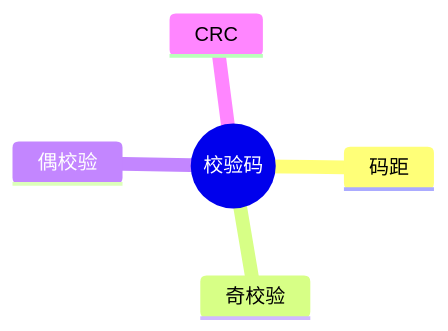
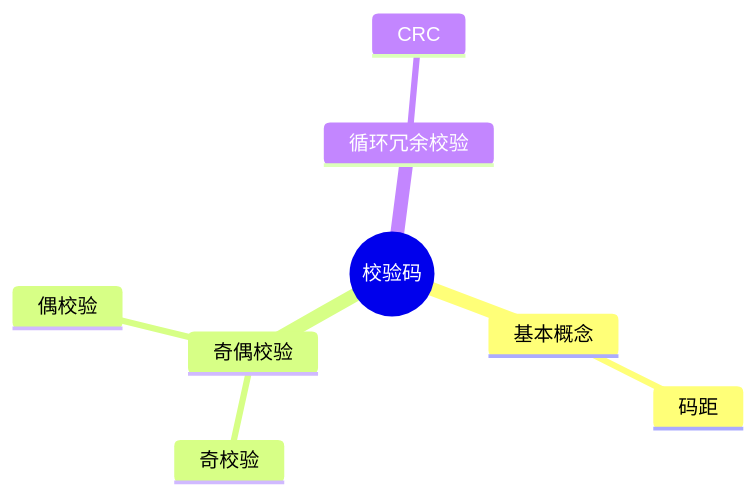
Before and after one commit to skylonely/sgao-website: the first of 2 diagrams in docs/ruankao/system-architect/chapters/04-checksum.md, drawn with Mermaid. The commit also changed 39 other files, not shown here.

Commit message:
fix: Mermaid 思维导图

````diff
--- a/docs/ruankao/system-architect/chapters/04-checksum.md
+++ b/docs/ruankao/system-architect/chapters/04-checksum.md
@@ -38,8 +38,11 @@
 ```mermaid
 mindmap
   root((校验码))
-    码距
-    奇校验
-    偶校验
-    CRC
+    基本概念
+      码距
+    奇偶校验
+      奇校验
+      偶校验
+    循环冗余校验
+      CRC
 ```
````
